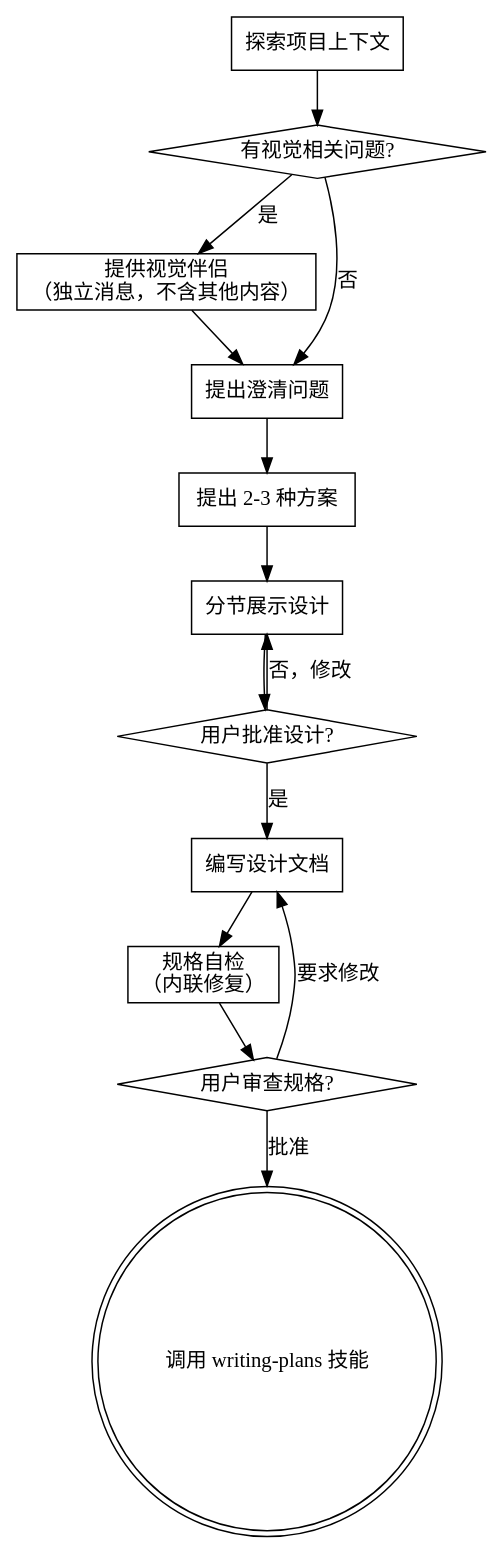
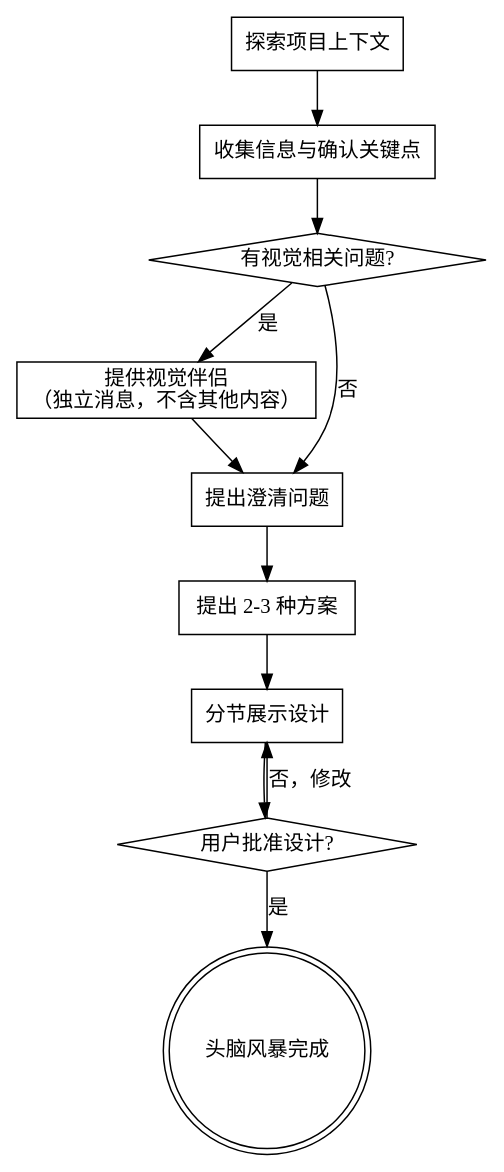
Before and after one commit to TomorrowLM/lm-skill: the diagram in superpowers/brainstorming/SKILL.md, drawn with Graphviz. The commit also changed other lines of this file and 30 other files, not shown here.

````diff
--- a/superpowers/brainstorming/SKILL.md
+++ b/superpowers/brainstorming/SKILL.md
@@ -36,29 +33,24 @@
 ```dot
 digraph brainstorming {
     "探索项目上下文" [shape=box];
+    "收集信息与确认关键点" [shape=box];
     "有视觉相关问题?" [shape=diamond];
     "提供视觉伴侣\n（独立消息，不含其他内容）" [shape=box];
     "提出澄清问题" [shape=box];
     "提出 2-3 种方案" [shape=box];
     "分节展示设计" [shape=box];
     "用户批准设计?" [shape=diamond];
-    "编写设计文档" [shape=box];
-    "规格自检\n（内联修复）" [shape=box];
-    "用户审查规格?" [shape=diamond];
-    "调用 writing-plans 技能" [shape=doublecircle];
+    "头脑风暴完成" [shape=doublecircle];
 
-    "探索项目上下文" -> "有视觉相关问题?";
+    "探索项目上下文" -> "收集信息与确认关键点";
+    "收集信息与确认关键点" -> "有视觉相关问题?";
     "有视觉相关问题?" -> "提供视觉伴侣\n（独立消息，不含其他内容）" [label="是"];
     "有视觉相关问题?" -> "提出澄清问题" [label="否"];
     "提供视觉伴侣\n（独立消息，不含其他内容）" -> "提出澄清问题";
     "提出澄清问题" -> "提出 2-3 种方案";
     "提出 2-3 种方案" -> "分节展示设计";
     "分节展示设计" -> "用户批准设计?";
     "用户批准设计?" -> "分节展示设计" [label="否，修改"];
-    "用户批准设计?" -> "编写设计文档" [label="是"];
-    "编写设计文档" -> "规格自检\n（内联修复）";
-    "规格自检\n（内联修复）" -> "用户审查规格?";
-    "用户审查规格?" -> "编写设计文档" [label="要求修改"];
-    "用户审查规格?" -> "调用 writing-plans 技能" [label="批准"];
+    "用户批准设计?" -> "头脑风暴完成" [label="是"];
 }
 ```
````
